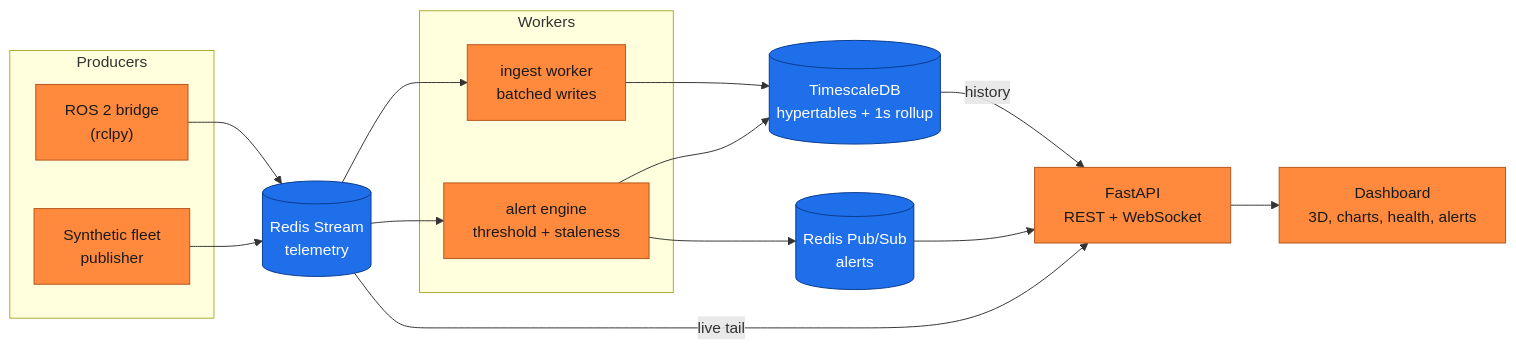
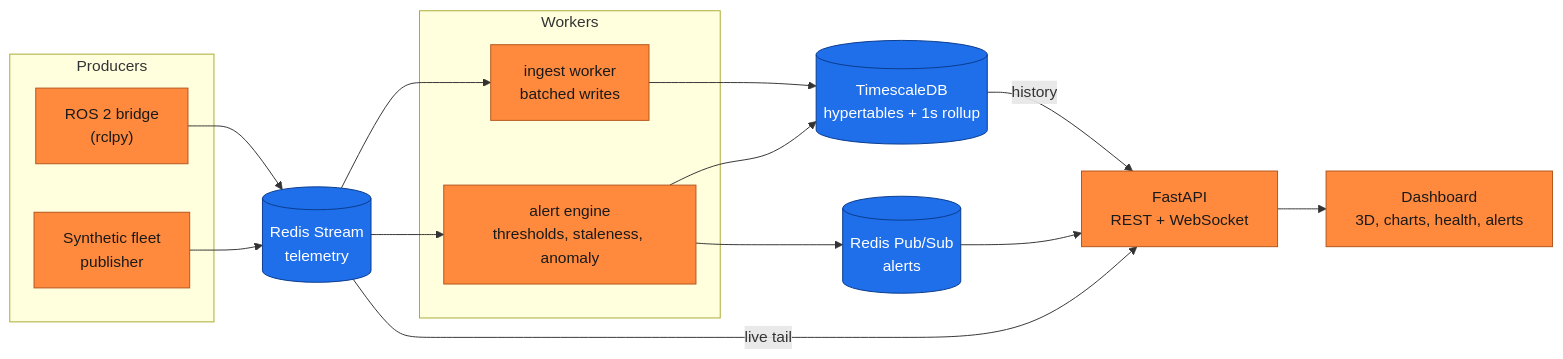
One commit to ATemova/ros-scope changed the diagram in README.md. Above: the diagram before and after it, drawn with Mermaid. The commit also changed other lines of this file and 7 other files, not shown here.

Commit message:
feat: multivariate anomaly detection + README/diagram updates

````diff
--- a/README.md
+++ b/README.md
@@ -32,33 +33,33 @@
 ```mermaid
 flowchart LR
     subgraph Producers
         bridge["ROS 2 bridge<br/>(rclpy)"]
         sim["Synthetic fleet<br/>publisher"]
     end
     subgraph Workers
         ingest["ingest worker<br/>batched writes"]
-        alerts["alert engine<br/>threshold + staleness"]
+        alerts["alert engine<br/>thresholds, staleness, anomaly"]
     end
     stream[("Redis Stream<br/>telemetry")]
     db[("TimescaleDB<br/>hypertables + 1s rollup")]
     pubsub[("Redis Pub/Sub<br/>alerts")]
     api["FastAPI<br/>REST + WebSocket"]
     dash["Dashboard<br/>3D, charts, health, alerts"]
 
     bridge --> stream
     sim --> stream
     stream --> ingest
     stream --> alerts
     ingest --> db
     alerts --> db
     alerts --> pubsub
     db -->|history| api
     stream -->|live tail| api
     pubsub --> api
     api --> dash
 
     classDef store fill:#1f6feb,stroke:#0a3a8c,stroke-width:1px,color:#ffffff;
     classDef svc fill:#ff8a3d,stroke:#b3551c,stroke-width:1px,color:#1a1a1a;
     class stream,db,pubsub store;
     class bridge,sim,ingest,alerts,api,dash svc;
 ```
````
